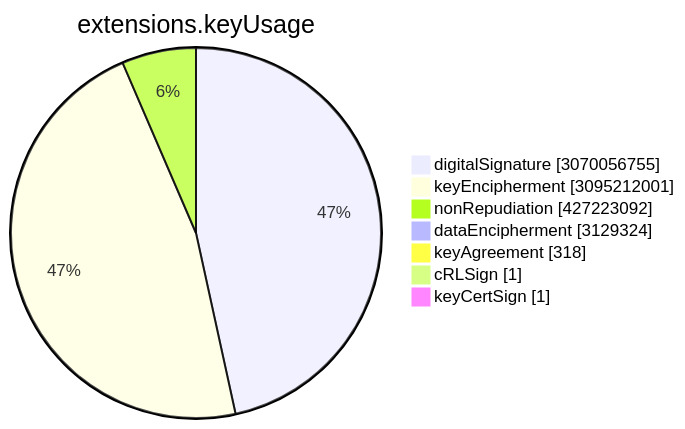
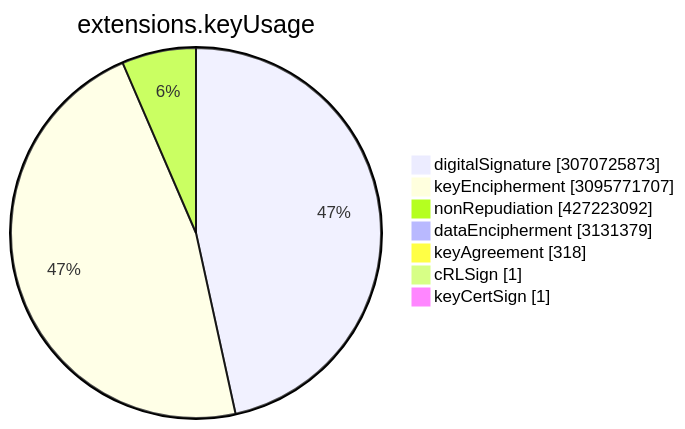
Before and after one commit to christiankrug/ctmonitor_visualization: the sixth of 15 diagrams in TOTAL/README.md, drawn with Mermaid. The commit also changed other lines of this file, not shown here.

````diff
--- a/TOTAL/README.md
+++ b/TOTAL/README.md
@@ -3075,11 +3075,11 @@
 ```mermaid
 pie showData
 title extensions.keyUsage
-"digitalSignature" :3070056755
-"keyEncipherment" :3095212001
+"digitalSignature" :3070725873
+"keyEncipherment" :3095771707
 "nonRepudiation" :427223092
-"dataEncipherment" :3129324
+"dataEncipherment" :3131379
 "keyAgreement" :318
 "cRLSign" :1
 "keyCertSign" :1
 ```
````
